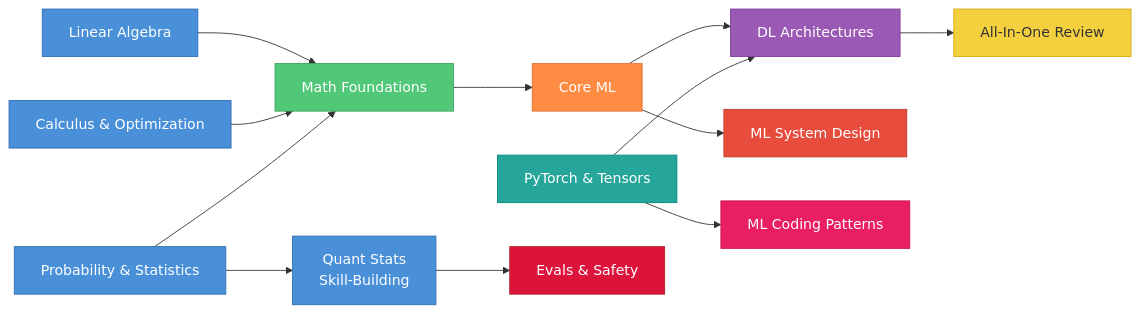
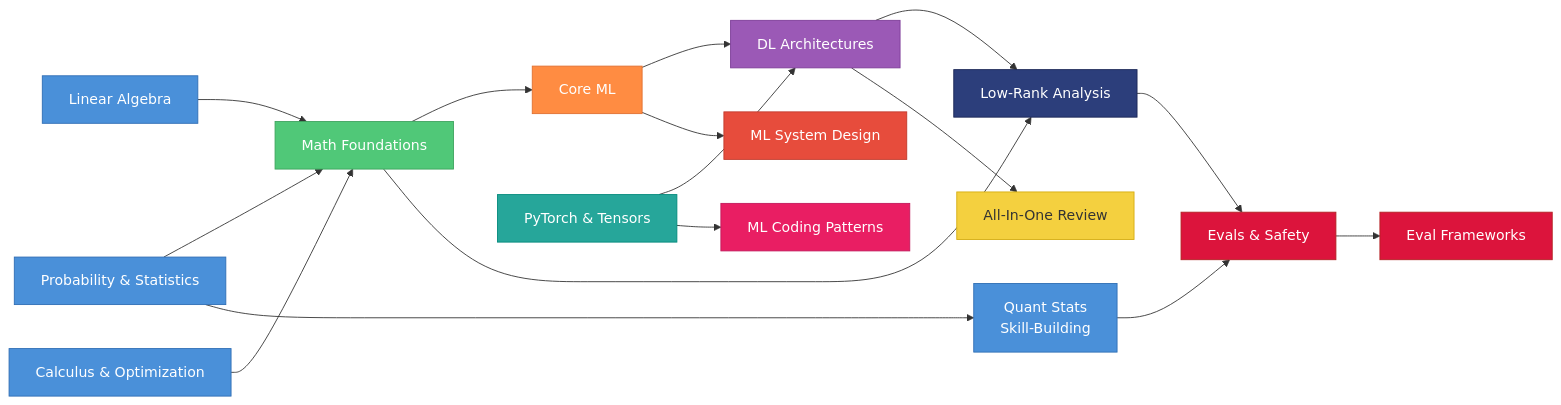
Before and after one commit to prashantkul/ai-ml-interviews-study-guide: the diagram in README.md, drawn with Mermaid. The commit also changed other lines of this file and 2 other files, not shown here.

Commit message:
docs: add eval frameworks guide and low-rank analysis guide
Eval frameworks: G-Eval, RAGAS, ARES, Prometheus, DeepEval, Inspect,
promptfoo — comparison table, decision flowchart, 10 interview Q&As.

Low-rank analysis: perturbation theory (Davis-Kahan/Wedin), nuclear norms,
LoRA/DoRA/GaLore theory, control vectors, mechanistic interp, training
dynamics (edge of stability, grokking), spectral robustness — 10 Q&As.

````diff
--- a/README.md
+++ b/README.md
@@ -7,24 +7,29 @@
 ```mermaid
 graph LR
     B["Linear Algebra"]:::blue --> A["Math Foundations"]:::green
     C["Calculus & Optimization"]:::blue --> A
     S["Probability & Statistics"]:::blue --> A
     A --> D["Core ML"]:::orange
     D --> E["DL Architectures"]:::purple
     D --> F["ML System Design"]:::red
     P["PyTorch & Tensors"]:::teal --> E
     P --> G["ML Coding Patterns"]:::pink
     S --> Q["Quant Stats<br/>Skill-Building"]:::blue
     Q --> EV["Evals & Safety"]:::crimson
+    EV --> EF["Eval Frameworks"]:::crimson
+    A --> LR["Low-Rank Analysis"]:::navy
+    E --> LR
+    LR --> EV
     E --> H["All-In-One Review"]:::yellow
 
     classDef blue fill:#4A90D9,stroke:#2E6DB4,color:#fff
     classDef green fill:#50C878,stroke:#3DA35D,color:#fff
     classDef orange fill:#FF8C42,stroke:#E07030,color:#fff
     classDef purple fill:#9B59B6,stroke:#7D3C98,color:#fff
     classDef red fill:#E74C3C,stroke:#C0392B,color:#fff
     classDef teal fill:#26A69A,stroke:#00897B,color:#fff
     classDef pink fill:#E91E63,stroke:#C2185B,color:#fff
     classDef yellow fill:#F4D03F,stroke:#D4AC0F,color:#333
     classDef crimson fill:#DC143C,stroke:#B22222,color:#fff
+    classDef navy fill:#2C3E7B,stroke:#1A2555,color:#fff
 ```
````
